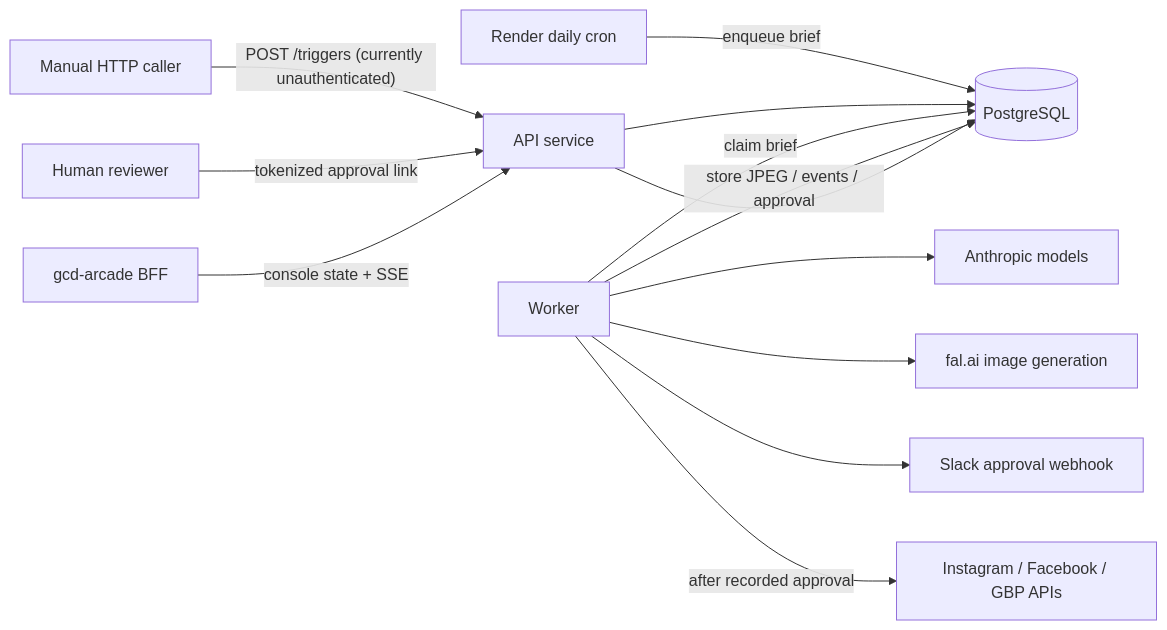
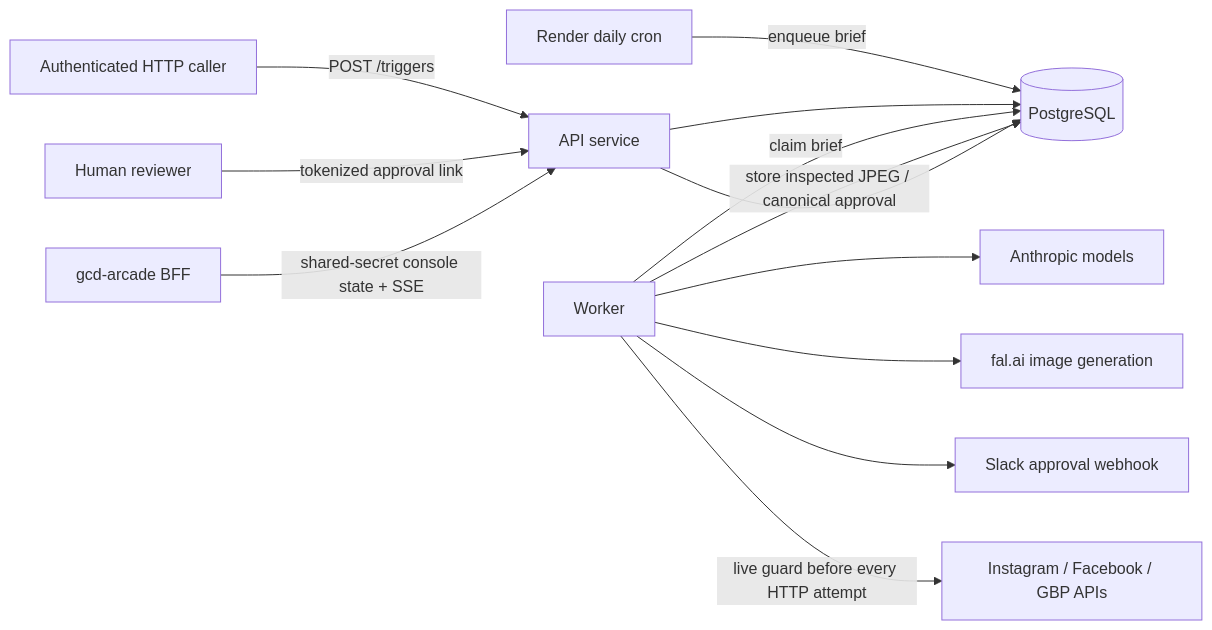
Before and after one commit to Caposhi/GCD-Agents: the diagram in README.md, drawn with Mermaid. The commit also changed other lines of this file and 58 other files, not shown here.

````diff
--- a/README.md
+++ b/README.md
@@ -39,15 +39,15 @@
 ```mermaid
 flowchart LR
   S["Render daily cron"] -->|"enqueue brief"| D[("PostgreSQL")]
-  H["Manual HTTP caller"] -->|"POST /triggers (currently unauthenticated)"| A["API service"]
+  H["Authenticated HTTP caller"] -->|"POST /triggers"| A["API service"]
   A --> D
   W["Worker"] -->|"claim brief"| D
   W --> C["Anthropic models"]
   W --> F["fal.ai image generation"]
-  W -->|"store JPEG / events / approval"| D
+  W -->|"store inspected JPEG / canonical approval"| D
   W --> L["Slack approval webhook"]
   R["Human reviewer"] -->|"tokenized approval link"| A
   A --> D
-  W -->|"after recorded approval"| P["Instagram / Facebook / GBP APIs"]
-  G["gcd-arcade BFF"] -->|"console state + SSE"| A
+  W -->|"live guard before every HTTP attempt"| P["Instagram / Facebook / GBP APIs"]
+  G["gcd-arcade BFF"] -->|"shared-secret console state + SSE"| A
 ```
````
